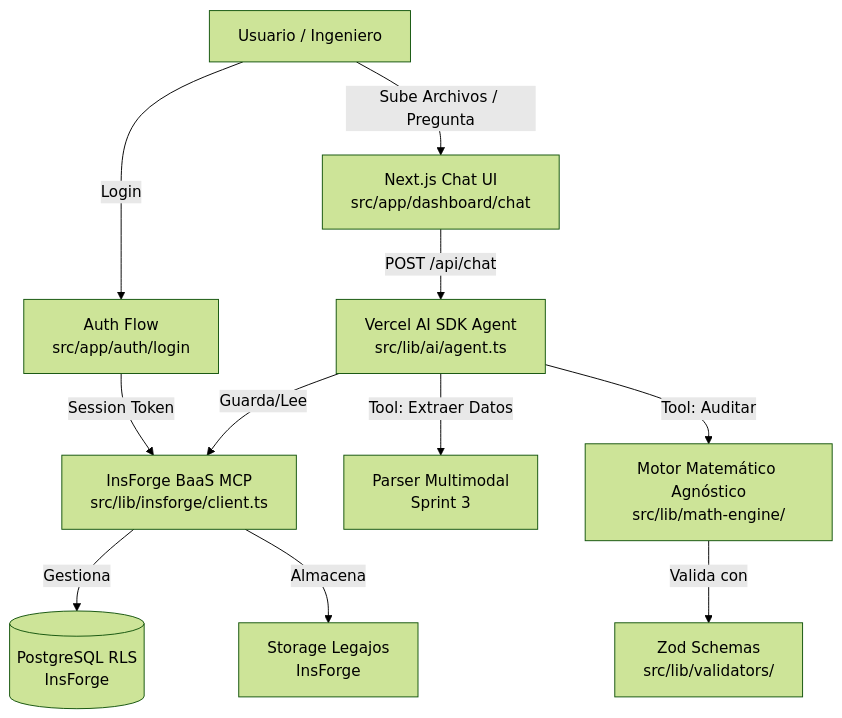
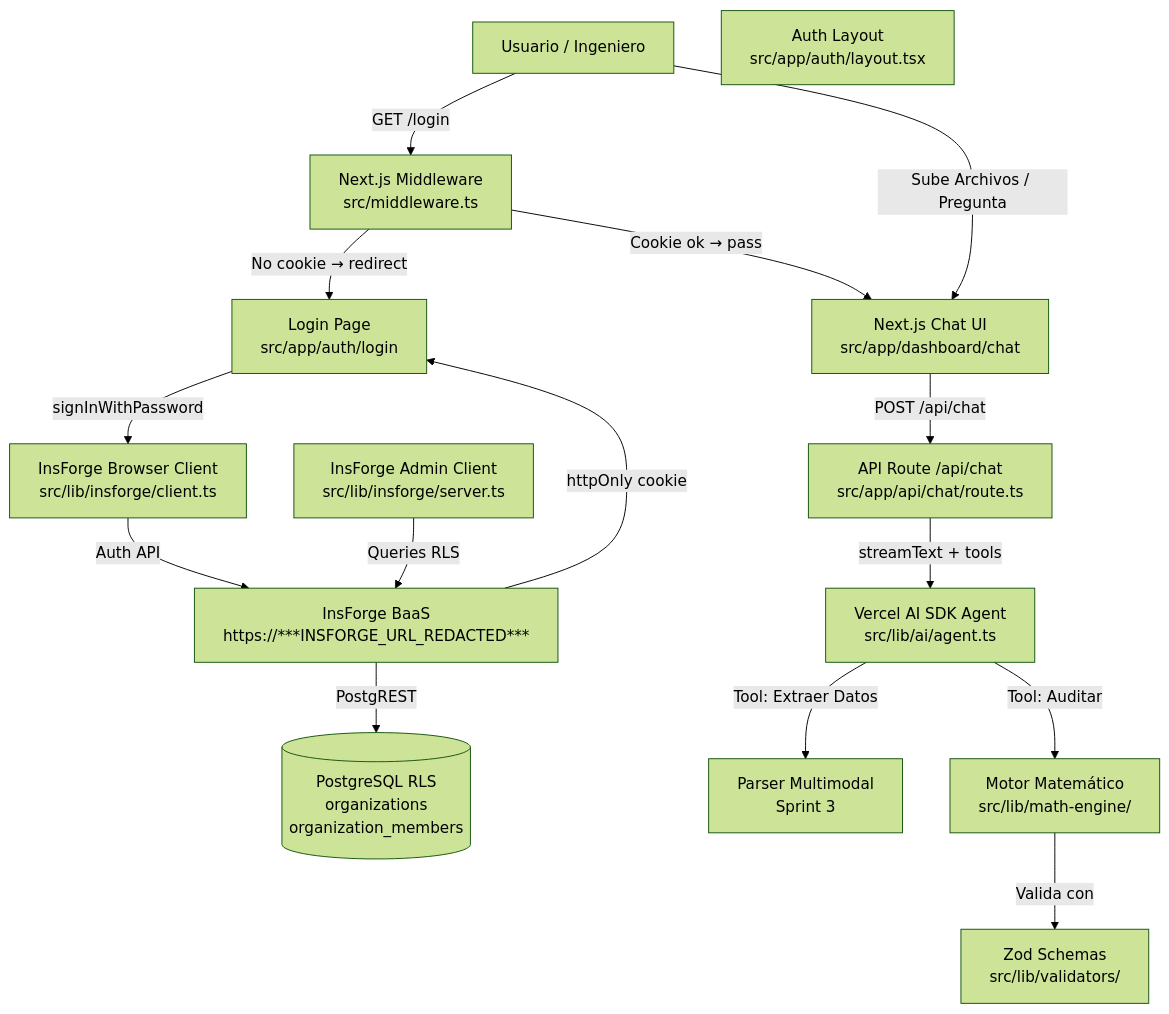
The diagram in docs/04_architecture_map.md (nachapoticon-dot/EdificiA-Core), drawn with Mermaid (forest theme) before and after one commit. The commit also changed other lines of this file and 13 other files, not shown here.

First line of the commit message:
feat: Sprint 1 — InsForge auth, middleware y schema multi-tenant

````diff
--- a/docs/04_architecture_map.md
+++ b/docs/04_architecture_map.md
@@ -6,34 +6,52 @@
 ```mermaid
 graph TD
-    %% Nodos Principales
+    %% Entidades externas
     User[Usuario / Ingeniero]
+
+    %% Auth Flow
+    LoginPage[Login Page\nsrc/app/auth/login]
+    Middleware[Next.js Middleware\nsrc/middleware.ts]
+    AuthLayout[Auth Layout\nsrc/app/auth/layout.tsx]
+
+    %% Dashboard
     ChatUI[Next.js Chat UI\nsrc/app/dashboard/chat]
+    ChatAPI[API Route /api/chat\nsrc/app/api/chat/route.ts]
+
+    %% AI
     AI_Agent[Vercel AI SDK Agent\nsrc/lib/ai/agent.ts]
-    InsForge[InsForge BaaS MCP\nsrc/lib/insforge/client.ts]
-    
-    %% Herramientas (Tools)
+
+    %% InsForge
+    BrowserClient[InsForge Browser Client\nsrc/lib/insforge/client.ts]
+    AdminClient[InsForge Admin Client\nsrc/lib/insforge/server.ts]
+    InsForgeBackend[InsForge BaaS\nhttps://***INSFORGE_URL_REDACTED***]
+
+    %% DB
+    DB[(PostgreSQL RLS\norganizations\norganization_members)]
+
+    %% Tools Sprint 2+
     Parser[Parser Multimodal\nSprint 3]
-    MathEngine[Motor Matemático Agnóstico\nsrc/lib/math-engine/]
-    DB[(PostgreSQL RLS\nInsForge)]
-    Storage[Storage Legajos\nInsForge]
-
-    %% Auth
-    Auth[Auth Flow\nsrc/app/auth/login]
+    MathEngine[Motor Matemático\nsrc/lib/math-engine/]
 
     %% Validators
     Validators[Zod Schemas\nsrc/lib/validators/]
 
-    %% Conexiones
+    %% Conexiones Auth
+    User -- "GET /login" --> Middleware
+    Middleware -- "No cookie → redirect" --> LoginPage
+    Middleware -- "Cookie ok → pass" --> ChatUI
+    LoginPage -- "signInWithPassword" --> BrowserClient
+    BrowserClient -- "Auth API" --> InsForgeBackend
+    InsForgeBackend -- "httpOnly cookie" --> LoginPage
+
+    %% Conexiones Chat
     User -- "Sube Archivos / Pregunta" --> ChatUI
-    User -- "Login" --> Auth
-    Auth -- "Session Token" --> InsForge
-    ChatUI -- "POST /api/chat" --> AI_Agent
-    AI_Agent -- "Guarda/Lee" --> InsForge
-    InsForge -- "Gestiona" --> DB
-    InsForge -- "Almacena" --> Storage
-    
-    %% Uso de Herramientas
+    ChatUI -- "POST /api/chat" --> ChatAPI
+    ChatAPI -- "streamText + tools" --> AI_Agent
+    AI_Agent -- "Tool: Auditar" --> MathEngine
     AI_Agent -- "Tool: Extraer Datos" --> Parser
-    AI_Agent -- "Tool: Auditar" --> MathEngine
     MathEngine -- "Valida con" --> Validators
+
+    %% DB
+    AdminClient -- "Queries RLS" --> InsForgeBackend
+    InsForgeBackend -- "PostgREST" --> DB
 ```
````
